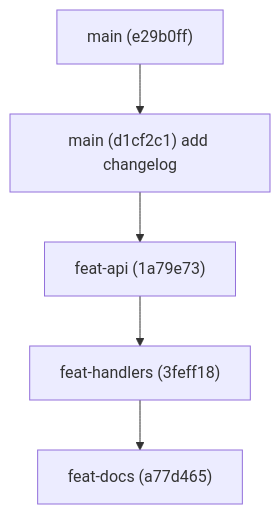
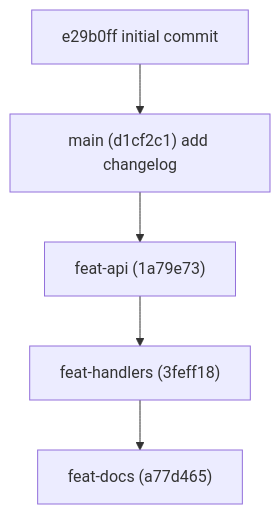
Before and after one commit to m4ttstack/mattstack: the second of 2 diagrams in apps/gitq/website/docs/getting-started/first-stack.mdx, drawn with Mermaid. The commit also changed other lines of this file and 3 other files, not shown here.

````diff
--- a/apps/gitq/website/docs/getting-started/first-stack.mdx
+++ b/apps/gitq/website/docs/getting-started/first-stack.mdx
@@ -217,7 +217,7 @@
 ```mermaid
 graph TD
-  base["main (e29b0ff)"] --> trunk["main (d1cf2c1) add changelog"]
+  base["e29b0ff initial commit"] --> trunk["main (d1cf2c1) add changelog"]
   trunk --> api["feat-api (1a79e73)"]
   api --> handlers["feat-handlers (3feff18)"]
   handlers --> docs["feat-docs (a77d465)"]
 ```
````
